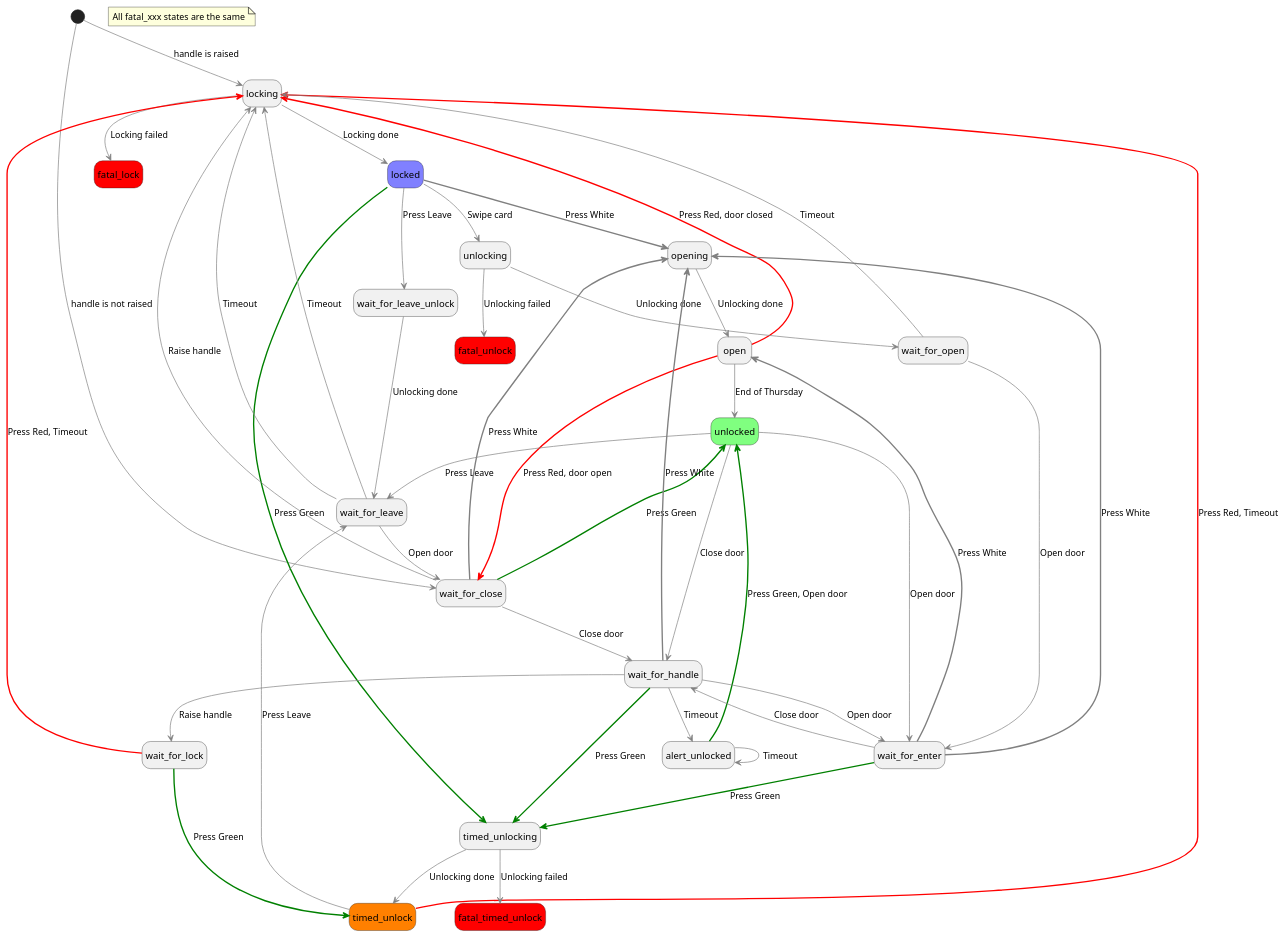
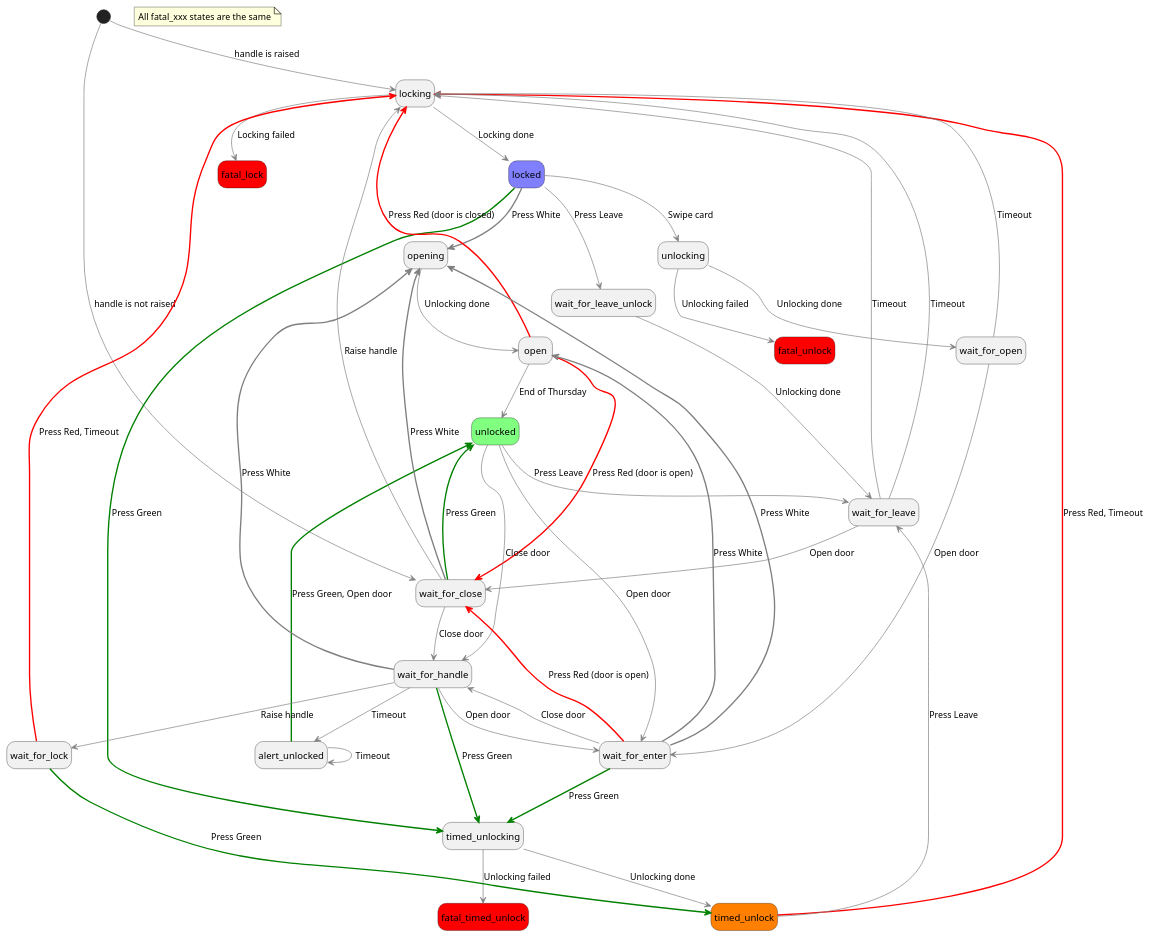
The diagram in ui/states.plantuml (bullestock/acsv2), drawn with PlantUML before and after one commit. The commit also changed 1 other file, not shown here.

Commit message:
Handle Red when door is open after swiping.

```diff
--- a/ui/states.plantuml
+++ b/ui/states.plantuml
@@ -1,66 +1,67 @@
 @startuml
 hide empty description
 
 <style>
 stateDiagram {
   arrow {
     LineColor Gray
   }
 }
 </style>
 
 state fatal_lock #ff0000
 state fatal_unlock #ff0000
 state fatal_timed_unlock #ff0000
 
 note "All fatal_xxx states are the same" as fatal_note
 
 state locked #8080ff
 state unlocked #80ff80
 state timed_unlock #ff8000
 
 [*] --> locking: handle is raised
 [*] --> wait_for_close: handle is not raised
 alert_unlocked --> alert_unlocked: Timeout
 alert_unlocked -[#green,bold]-> unlocked: Press Green, Open door
 locked -[#gray,bold]-> opening: Press White
 locked -[#green,bold]-> timed_unlocking: Press Green
 locked --> unlocking: Swipe card
 locked --> wait_for_leave_unlock: Press Leave
 locking --> fatal_lock: Locking failed
 locking --> locked: Locking done
-open -[#red,bold]-> locking: Press Red, door closed
-open -[#red,bold]-> wait_for_close: Press Red, door open
+open -[#red,bold]-> locking: Press Red (door is closed)
+open -[#red,bold]-> wait_for_close: Press Red (door is open)
 open --> unlocked: End of Thursday
 opening --> open: Unlocking done
 timed_unlock -[#red,bold]-> locking: Press Red, Timeout
 timed_unlock --> wait_for_leave: Press Leave
 timed_unlocking --> fatal_timed_unlock: Unlocking failed
 timed_unlocking --> timed_unlock: Unlocking done
 unlocked --> wait_for_enter: Open door
 unlocked --> wait_for_handle: Close door
 unlocked --> wait_for_leave: Press Leave
 unlocking --> fatal_unlock: Unlocking failed
 unlocking --> wait_for_open: Unlocking done
 wait_for_close --> locking: Raise handle
 wait_for_close -[#green,bold]-> unlocked: Press Green
 wait_for_close --> wait_for_handle: Close door
 wait_for_close -[#gray,bold]-> opening: Press White
 wait_for_enter -[#green,bold]-> timed_unlocking: Press Green
 wait_for_enter -[#grey,bold]-> open: Press White
 wait_for_enter --> wait_for_handle: Close door
 wait_for_enter -[#gray,bold]-> opening: Press White
+wait_for_enter -[#red,bold]-> wait_for_close: Press Red (door is open)
 wait_for_handle --> alert_unlocked: Timeout
 wait_for_handle -[#green,bold]-> timed_unlocking: Press Green
 wait_for_handle --> wait_for_enter: Open door
 wait_for_handle --> wait_for_lock: Raise handle
 wait_for_handle -[#gray,bold]-> opening: Press White
 wait_for_leave --> locking: Timeout
 wait_for_leave --> wait_for_close: Open door
 wait_for_leave --> locking: Timeout
 wait_for_leave_unlock --> wait_for_leave: Unlocking done
 wait_for_lock -[#red,bold]-> locking: Press Red, Timeout
 wait_for_lock -[#green,bold]-> timed_unlock: Press Green
 wait_for_open --> locking: Timeout
 wait_for_open --> wait_for_enter: Open door
 @enduml
```
